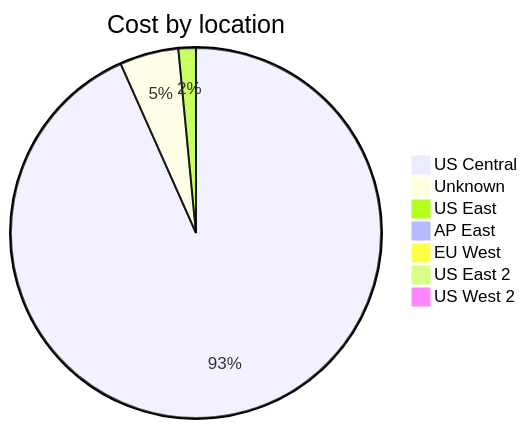
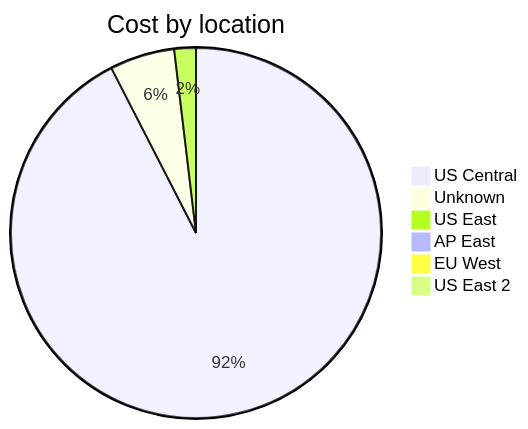
Before and after one commit to jpfulton/azure-personal-reports: the third of 4 diagrams in cost-reports/accumulated-cost.md, drawn with Mermaid. The commit also changed other lines of this file and 4 other files, not shown here.

````diff
--- a/cost-reports/accumulated-cost.md
+++ b/cost-reports/accumulated-cost.md
@@ -123,11 +118,10 @@
 ```mermaid
 pie
    title Cost by location
-   "US Central" : 17.78
-   "Unknown" : 0.98
-   "US East" : 0.29
+   "US Central" : 0.49
+   "Unknown" : 0.03
+   "US East" : 0.01
    "AP East" : 0.00
    "EU West" : 0.00
    "US East 2" : 0.00
-   "US West 2" : 0.00
 ```
````
